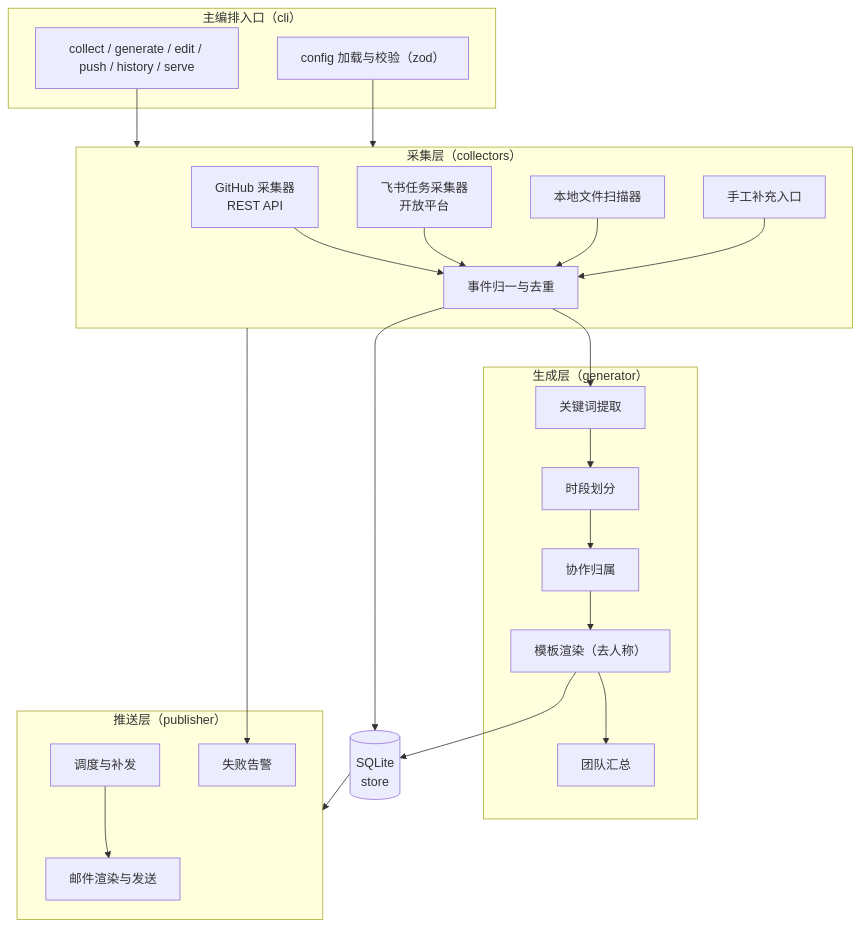
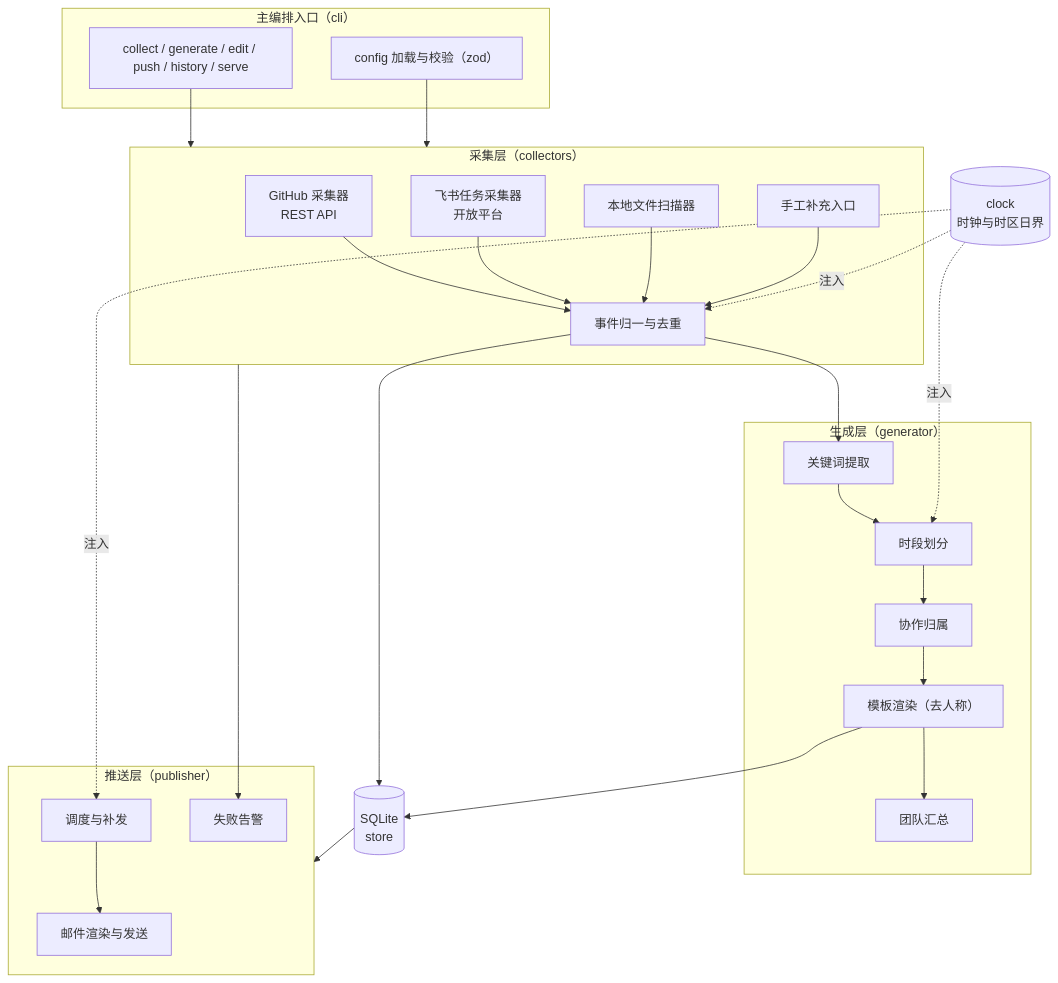
The first of 2 diagrams in specs/design.md (tanyaoting/SDDAndAIProgramming), drawn with Mermaid before and after one commit. The commit also changed other lines of this file and 3 other files, not shown here.

````diff
--- a/specs/design.md
+++ b/specs/design.md
@@ -24,44 +25,48 @@
 ```mermaid
 flowchart TB
     subgraph CLI["主编排入口（cli）"]
         CLI1["collect / generate / edit / push / history / serve"]
         CLI2["config 加载与校验（zod）"]
     end
 
     subgraph L1["采集层（collectors）"]
         C1["GitHub 采集器<br/>REST API"]
         C2["飞书任务采集器<br/>开放平台"]
         C3["本地文件扫描器"]
         C4["手工补充入口"]
         N1["事件归一与去重"]
     end
 
     subgraph L2["生成层（generator）"]
         G1["关键词提取"]
         G2["时段划分"]
         G3["协作归属"]
         G4["模板渲染（去人称）"]
         G5["团队汇总"]
     end
 
     subgraph L3["推送层（publisher）"]
         P1["邮件渲染与发送"]
         P2["调度与补发"]
         P3["失败告警"]
     end
 
+    CK[("clock<br/>时钟与时区日界")]
     DB[("SQLite<br/>store")]
 
     CLI1 --> L1
     C1 --> N1
     C2 --> N1
     C3 --> N1
     C4 --> N1
     N1 --> DB
     N1 --> G1 --> G2 --> G3 --> G4 --> DB
     G4 --> G5
     DB --> L3
     P2 --> P1
     L1 --> P3
     CLI2 --> L1
+    CK -.注入.-> N1
+    CK -.注入.-> G2
+    CK -.注入.-> P2
 ```
````
